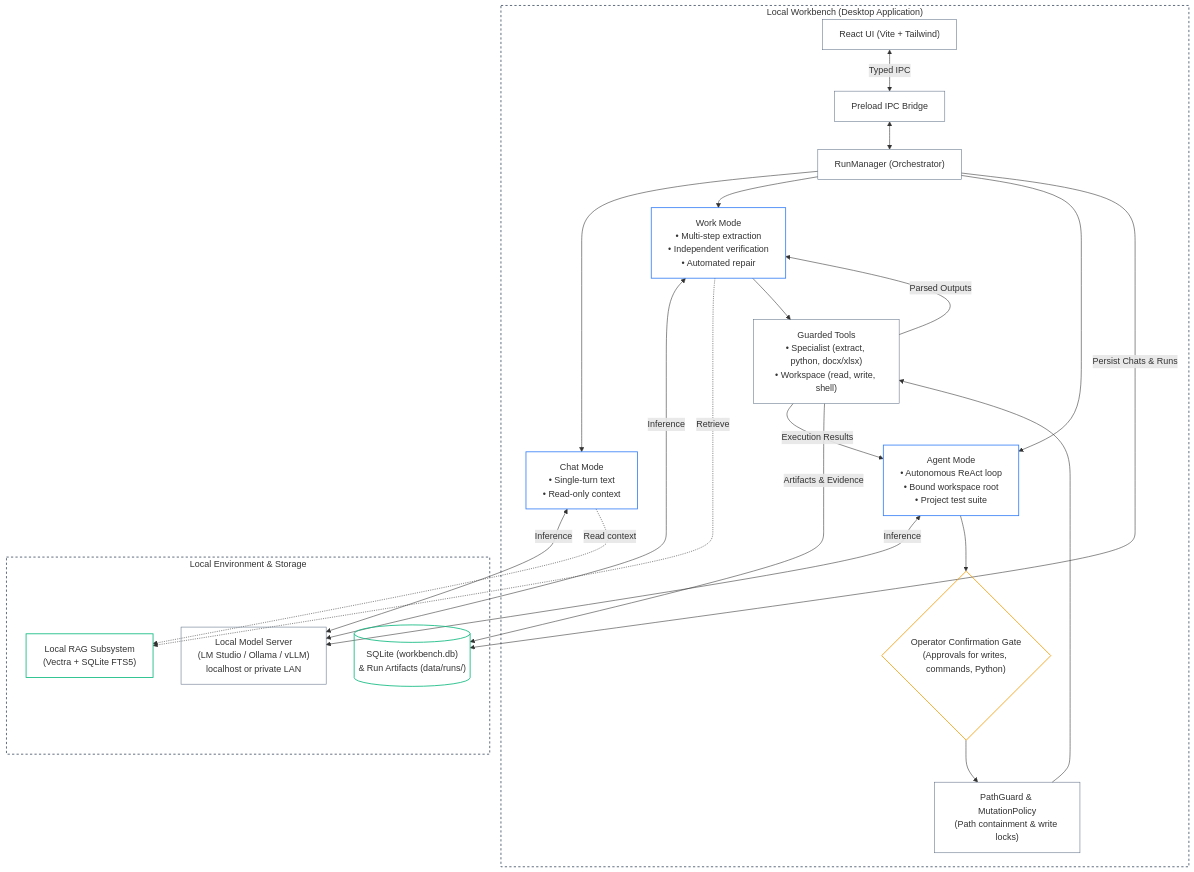
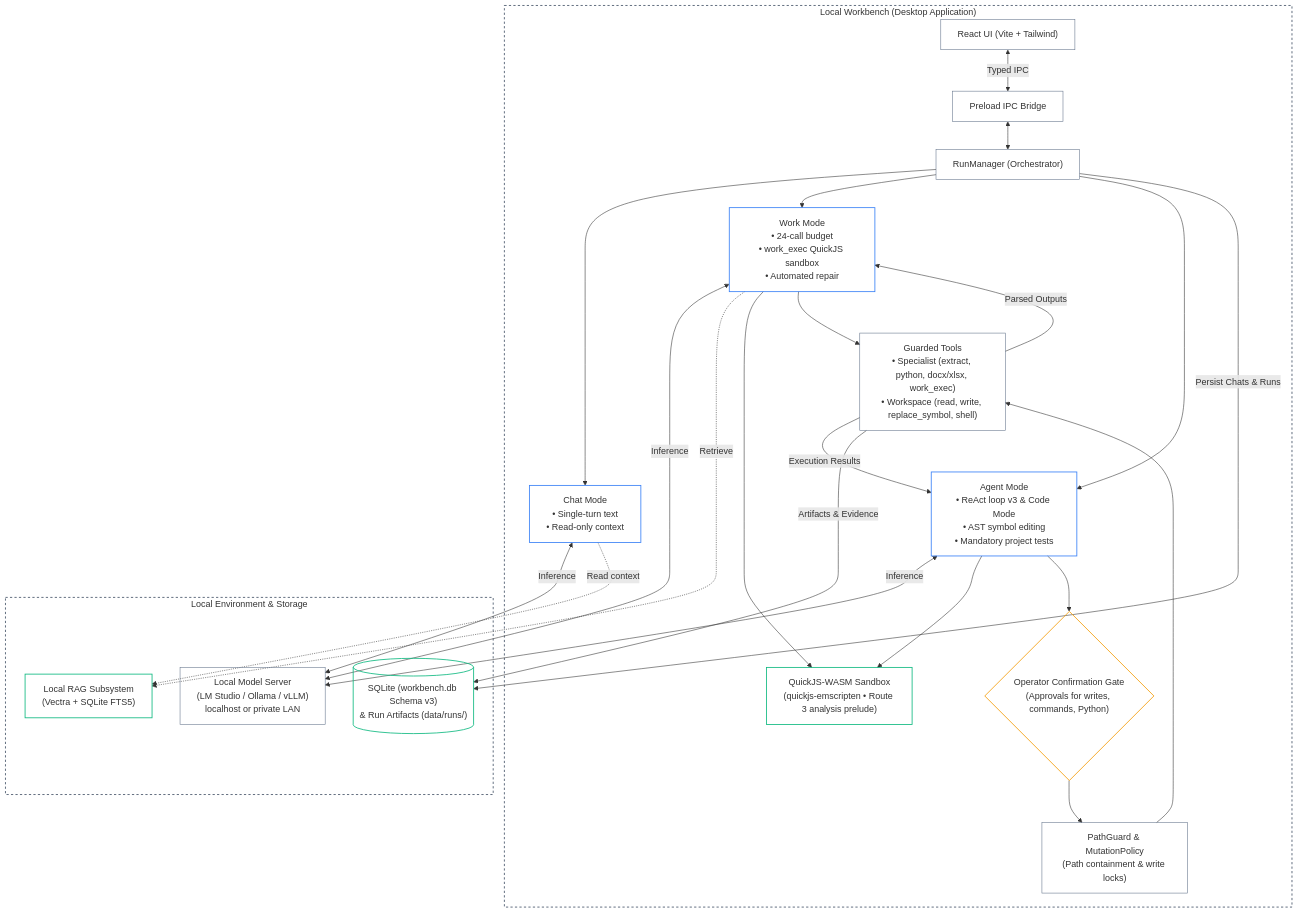
Before and after one commit to BITverse-24/local-workbench: the diagram in README.md, drawn with Mermaid. The commit also changed other lines of this file, not shown here.

Commit message:
docs: update root README for v0.4.0 (three modes, QuickJS sandbox, Flows A-E benchmarks)

````diff
--- a/README.md
+++ b/README.md
@@ -35,54 +35,57 @@
 ```mermaid
 flowchart TB
     classDef default fill:none,stroke:#64748b,stroke-width:1px
     classDef mode fill:none,stroke:#3b82f6,stroke-width:1.5px
     classDef gate fill:none,stroke:#f59e0b,stroke-width:1.5px
     classDef storage fill:none,stroke:#10b981,stroke-width:1.5px
 
     subgraph App["Local Workbench (Desktop Application)"]
         UI["React UI (Vite + Tailwind)"]
         IPC["Preload IPC Bridge"]
         RM["RunManager (Orchestrator)"]
 
         Chat["Chat Mode<br/>• Single-turn text<br/>• Read-only context"]:::mode
-        Work["Work Mode<br/>• Multi-step extraction<br/>• Independent verification<br/>• Automated repair"]:::mode
-        Agent["Agent Mode<br/>• Autonomous ReAct loop<br/>• Bound workspace root<br/>• Project test suite"]:::mode
+        Work["Work Mode<br/>• 24-call budget<br/>• work_exec QuickJS sandbox<br/>• Automated repair"]:::mode
+        Agent["Agent Mode<br/>• ReAct loop v3 & Code Mode<br/>• AST symbol editing<br/>• Mandatory project tests"]:::mode
 
         Gate{"Operator Confirmation Gate<br/>(Approvals for writes, commands, Python)"}:::gate
         Guard["PathGuard & MutationPolicy<br/>(Path containment & write locks)"]
-        Tools["Guarded Tools<br/>• Specialist (extract, python, docx/xlsx)<br/>• Workspace (read, write, shell)"]
+        Tools["Guarded Tools<br/>• Specialist (extract, python, docx/xlsx, work_exec)<br/>• Workspace (read, write, replace_symbol, shell)"]
+        QJS["QuickJS-WASM Sandbox<br/>(quickjs-emscripten • Route 3 analysis prelude)"]:::storage
     end
 
     subgraph LocalEnv["Local Environment & Storage"]
         Model["Local Model Server<br/>(LM Studio / Ollama / vLLM)<br/>localhost or private LAN"]
-        Store[("SQLite (workbench.db)<br/>& Run Artifacts (data/runs/)")]:::storage
+        Store[("SQLite (workbench.db Schema v3)<br/>& Run Artifacts (data/runs/)")]:::storage
         RAG["Local RAG Subsystem<br/>(Vectra + SQLite FTS5)"]:::storage
     end
 
     UI <-->|"Typed IPC"| IPC
     IPC <--> RM
 
     RM --> Chat
     RM --> Work
     RM --> Agent
 
     Chat <-->|"Inference"| Model
     Work <-->|"Inference"| Model
     Agent <-->|"Inference"| Model
 
     Chat -.->|"Read context"| RAG
     Work -.->|"Retrieve"| RAG
 
+    Work --> QJS
+    Agent --> QJS
     Work --> Tools
     Agent --> Gate
     Gate --> Guard
     Guard --> Tools
     Tools -->|"Execution Results"| Agent
     Tools -->|"Parsed Outputs"| Work
 
     RM -->|"Persist Chats & Runs"| Store
     Tools -->|"Artifacts & Evidence"| Store
 
     style App fill:none,stroke:#475569,stroke-width:1.5px,stroke-dasharray: 4 4
     style LocalEnv fill:none,stroke:#475569,stroke-width:1.5px,stroke-dasharray: 4 4
 ```
````
